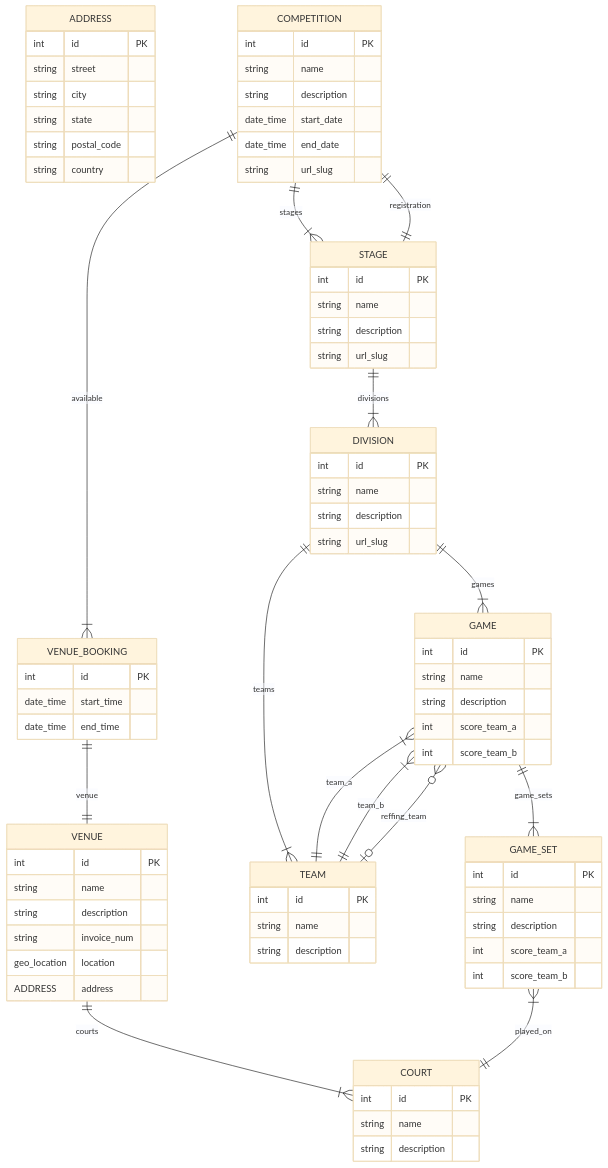
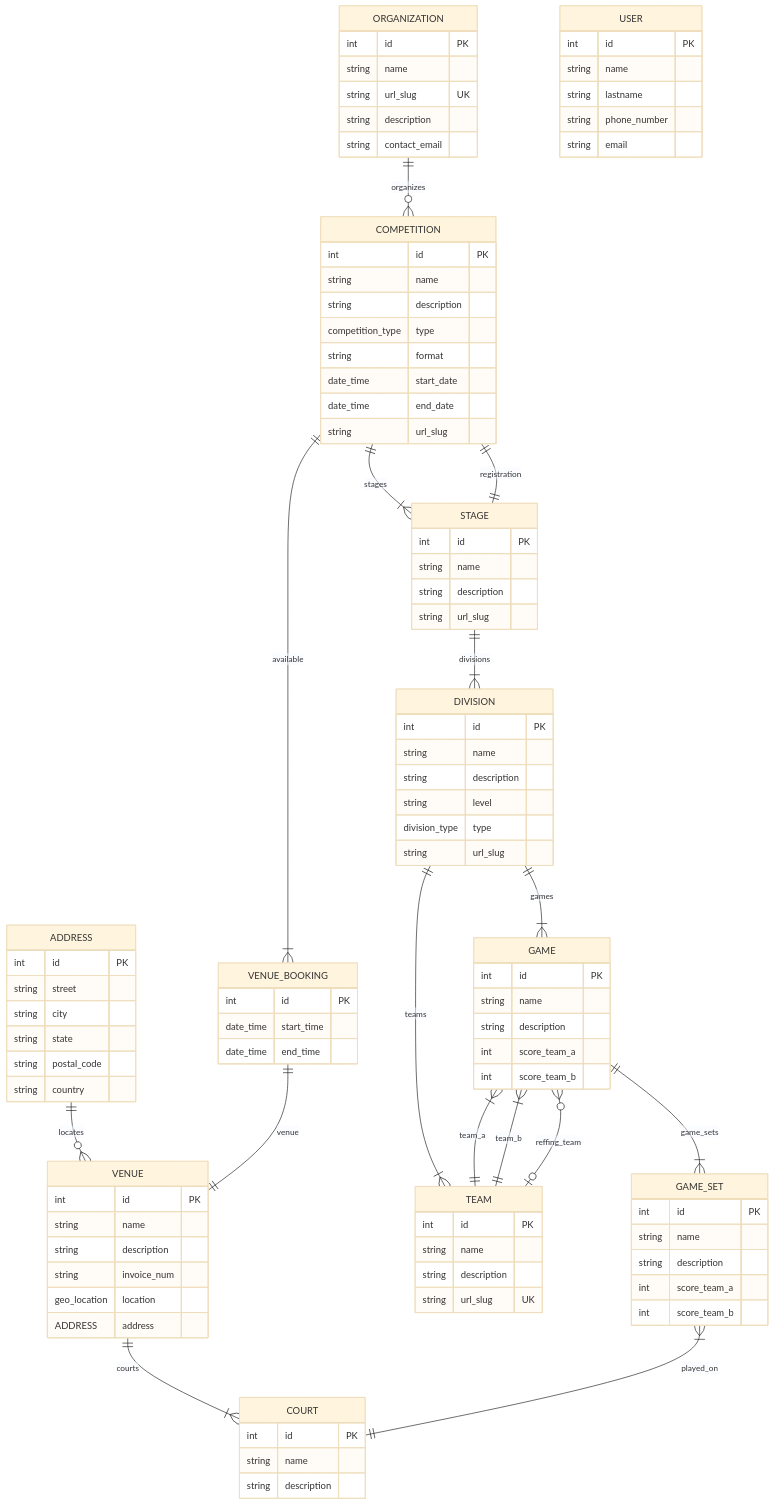
The diagram in docs/er/competition.mermaid (juanfmx2/JustPlay), drawn with Mermaid (base theme) before and after one commit.

Commit message:
updated to match drizzle entities

```diff
--- a/docs/er/competition.mermaid
+++ b/docs/er/competition.mermaid
@@ -1,93 +1,118 @@
 erDiagram
     ADDRESS {
         int id PK
         string street
         string city
         string state
         string postal_code
         string country
     }
 
+    ORGANIZATION {
+        int id PK
+        string name
+        string url_slug UK
+        string description
+        string contact_email
+    }
+
+    USER {
+        int id PK
+        string name
+        string lastname
+        string phone_number
+        string email
+    }
+
     COMPETITION {
         int id PK
         string name
         string description
+        competition_type type
+        string format
         date_time start_date
         date_time end_date
         string url_slug
     }
 
     VENUE_BOOKING {
         int id PK
         date_time start_time
         date_time end_time
     }
 
     VENUE {
         int id PK
         string name
         string description
         string invoice_num
         geo_location location
         ADDRESS address
     }
 
     COURT {
         int id PK
         string name
         string description
     }
 
     STAGE {
         int id PK
         string name
         string description
         string url_slug
     }
 
     DIVISION {
         int id PK
         string name
         string description
+        string level
+        division_type type
         string url_slug
     }
 
     TEAM {
         int id PK
         string name
         string description
+        string url_slug UK
     }
 
     GAME {
         int id PK
         string name
         string description
         int score_team_a
         int score_team_b
     }
 
     GAME_SET {
         int id PK
         string name
         string description
         int score_team_a
         int score_team_b
     }
 
+    ADDRESS ||--o{ VENUE : locates
+
+    ORGANIZATION ||--o{ COMPETITION : organizes
+
     COMPETITION ||--|{ VENUE_BOOKING : available
     VENUE_BOOKING ||--|| VENUE : venue
     VENUE ||--|{ COURT : courts
 
     COMPETITION ||--|{ STAGE : stages
     COMPETITION ||--|| STAGE : registration
     STAGE ||--|{ DIVISION : divisions
 
     DIVISION ||--|{ TEAM : teams
     DIVISION ||--|{ GAME : games
 
     GAME }|--|| TEAM : team_a
     GAME }|--|| TEAM : team_b
     GAME }o--o| TEAM : reffing_team
 
     GAME ||--|{ GAME_SET : game_sets
     GAME_SET }|--|| COURT : played_on
```
